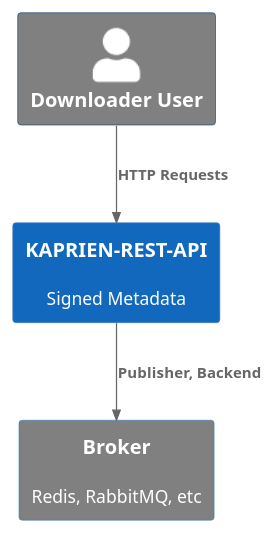
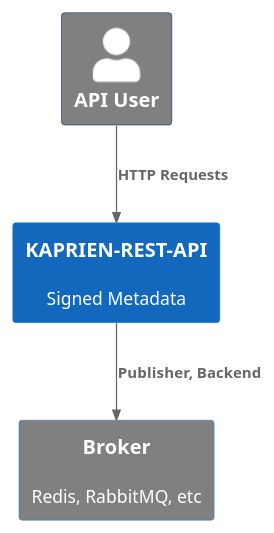
The diagram in docs/diagrams/C1.puml (repository-service-tuf/repository-service-tuf-api), drawn with PlantUML before and after one commit. The commit also changed 38 other files, not shown here.

```diff
--- a/docs/diagrams/C1.puml
+++ b/docs/diagrams/C1.puml
@@ -1,18 +1,18 @@
 @startuml Context
 !include https://raw.githubusercontent.com/plantuml-stdlib/C4-PlantUML/master/C4_Context.puml
 
 AddRelTag("validate", $textColor="orange", $lineColor="Blue", $lineStyle = DashedLine())
 AddRelTag("download", $textColor="orange", $lineColor="Blue")
 
 
-Person(user, "Downloader User")  #Grey
+Person(user, "API User")  #Grey
 
 System(kaprien, "KAPRIEN-REST-API", "Signed Metadata")
 System(queue, "Broker", "Redis, RabbitMQ, etc") #Grey
 
 Rel_D(user, kaprien, "HTTP Requests")
 Rel_D(kaprien, queue, "Publisher, Backend")
 
 
 HIDE_STEREOTYPE()
 @enduml
```
